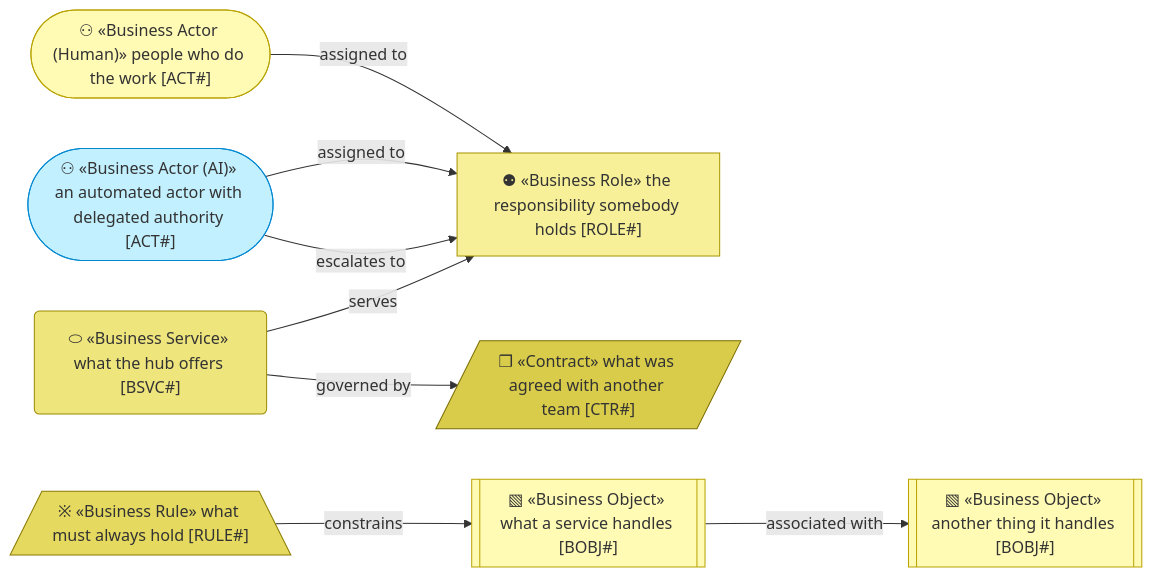
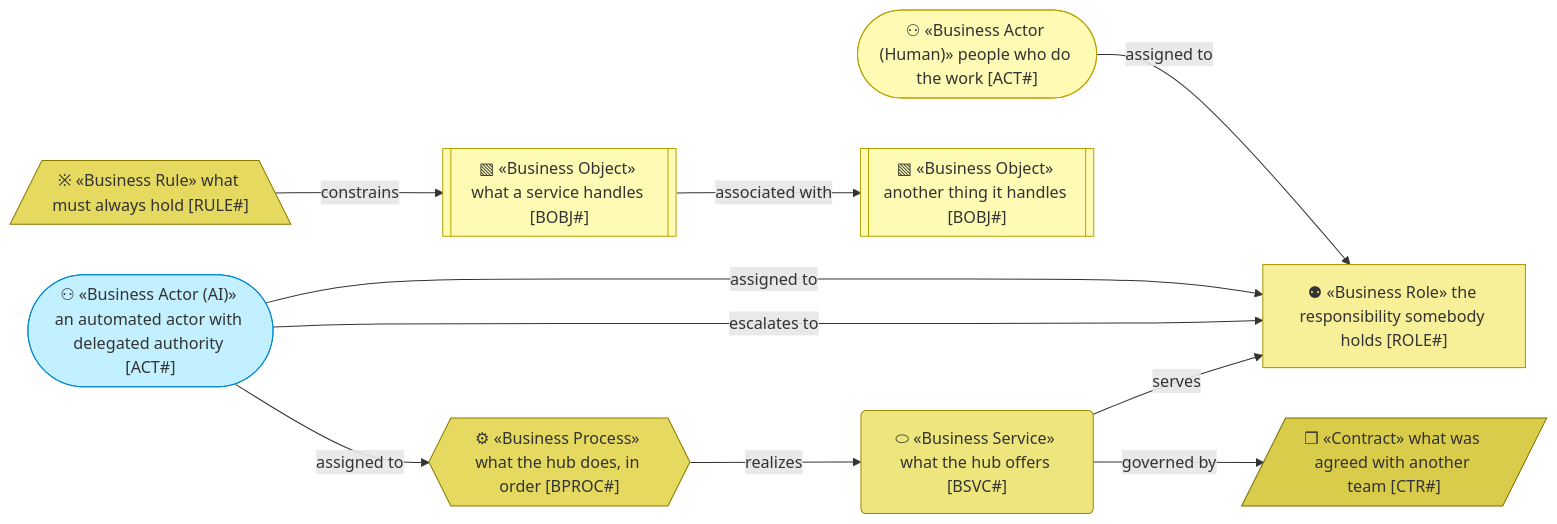
One commit to roanboc/dbx-master-data-manager changed the first of 2 diagrams in architecture/2_business/README.md. Above: the diagram before and after it, drawn with Mermaid. The commit also changed other lines of this file and 49 other files, not shown here.

````diff
--- a/architecture/2_business/README.md
+++ b/architecture/2_business/README.md
@@ -21,28 +21,32 @@
 ```mermaid
 flowchart LR
   %% legend
   actorH(["⚇ «Business Actor (Human)» people who do the work [ACT#]"]):::actor
   actorAI(["⚇ «Business Actor (AI)» an automated actor with delegated authority [ACT#]"]):::actorAI
   role["⚉ «Business Role» the responsibility somebody holds [ROLE#]"]:::role
   svc("⬭ «Business Service» what the hub offers [BSVC#]"):::service
   ctr[/"❒ «Contract» what was agreed with another team [CTR#]"/]:::contract
+  proc{{"⚙ «Business Process» what the hub does, in order [BPROC#]"}}:::process
   obj[["▧ «Business Object» what a service handles [BOBJ#]"]]:::object
   obj2[["▧ «Business Object» another thing it handles [BOBJ#]"]]:::object
   rule[/"※ «Business Rule» what must always hold [RULE#]"\]:::rule
 
   actorH -->|assigned to| role
   actorAI -->|assigned to| role
   actorAI -->|escalates to| role
   svc -->|serves| role
   svc -->|governed by| ctr
+  proc -->|realizes| svc
+  actorAI -->|assigned to| proc
   obj -->|associated with| obj2
   rule -->|constrains| obj
 
   classDef actor fill:#fffbb5,stroke:#b8a200,color:#333
   classDef actorAI fill:#c2f0ff,stroke:#0288d1,color:#333
   classDef role fill:#f7f099,stroke:#a89400,color:#333
   classDef service fill:#efe57d,stroke:#9c8a00,color:#333
   classDef contract fill:#d9cc4a,stroke:#7a6c00,color:#333
+  classDef process fill:#e5d95f,stroke:#8a7a00,color:#333
   classDef object fill:#fffbb5,stroke:#b8a200,color:#333
   classDef rule fill:#e5d95f,stroke:#8a7a00,color:#333
 ```
````
